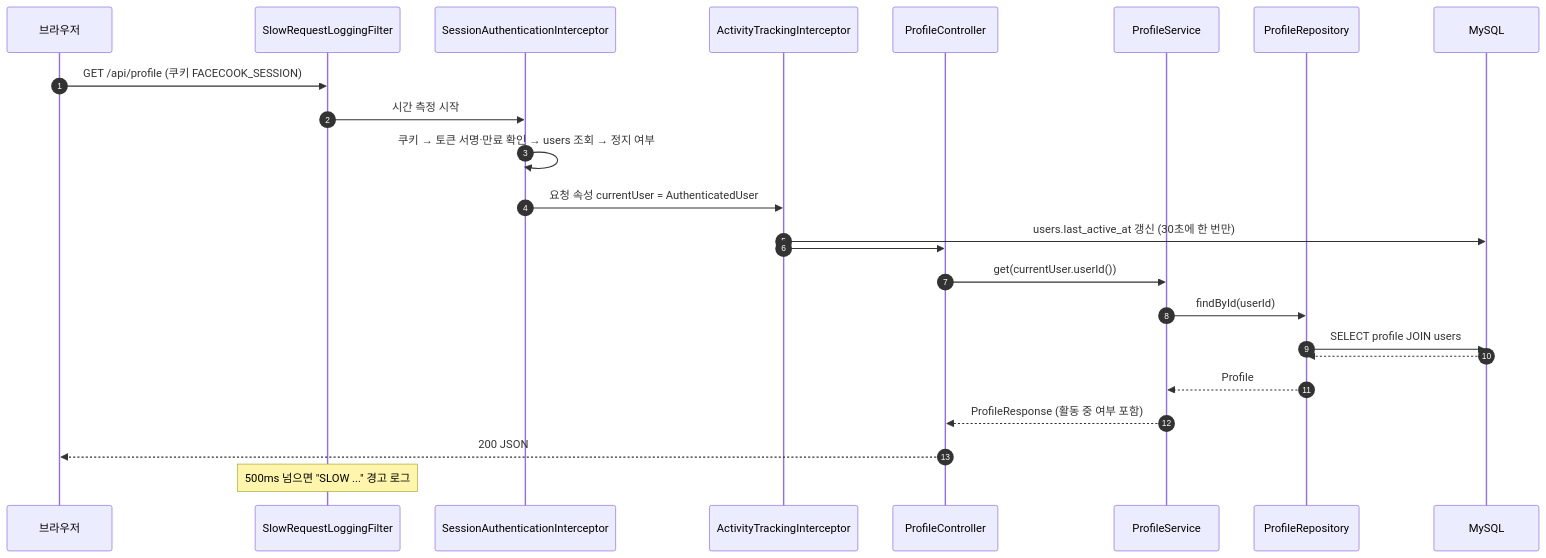
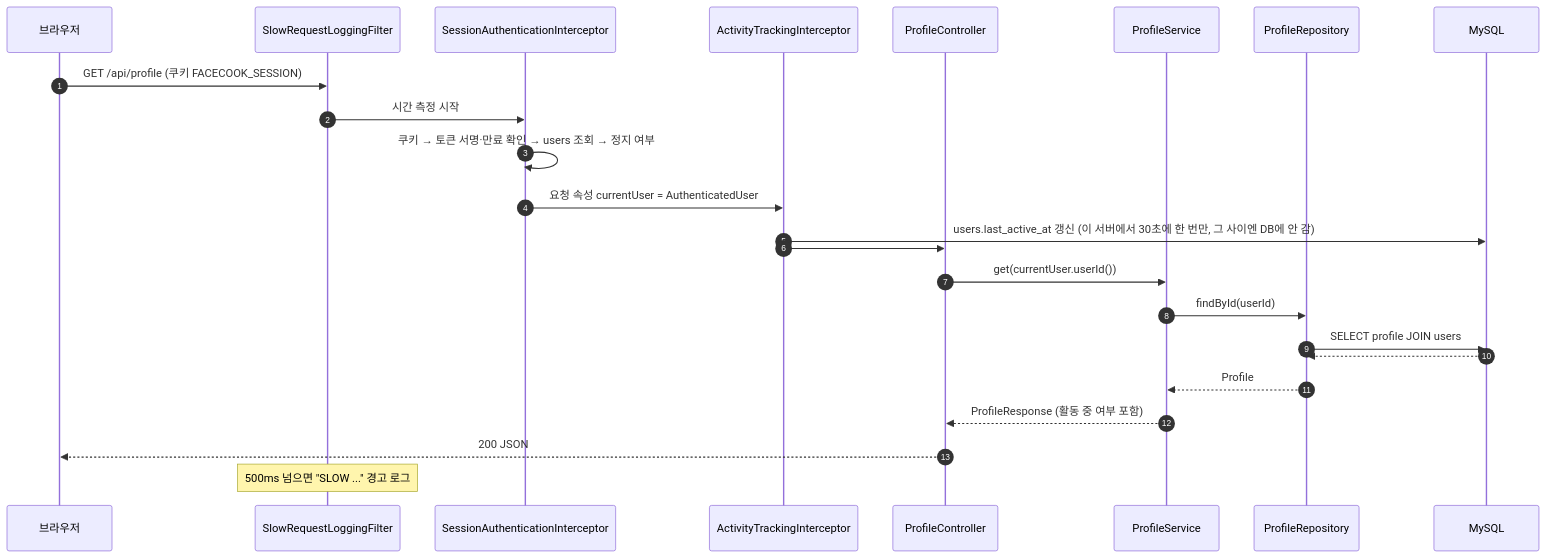
Before and after one commit to seoil-power-rangers/facecook-be: the third of 18 diagrams in docs/백엔드_코드_온보딩.md, drawn with Mermaid. The commit also changed other lines of this file and 5 other files, not shown here.

````diff
--- a/docs/백엔드_코드_온보딩.md
+++ b/docs/백엔드_코드_온보딩.md
@@ -148,26 +148,26 @@
 ```mermaid
 sequenceDiagram
     autonumber
     participant B as 브라우저
     participant F as SlowRequestLoggingFilter
     participant I1 as SessionAuthenticationInterceptor
     participant I2 as ActivityTrackingInterceptor
     participant C as ProfileController
     participant S as ProfileService
     participant R as ProfileRepository
     participant DB as MySQL
     B->>F: GET /api/profile (쿠키 FACECOOK_SESSION)
     F->>I1: 시간 측정 시작
     I1->>I1: 쿠키 → 토큰 서명·만료 확인 → users 조회 → 정지 여부
     I1->>I2: 요청 속성 currentUser = AuthenticatedUser
-    I2->>DB: users.last_active_at 갱신 (30초에 한 번만)
+    I2->>DB: users.last_active_at 갱신 (이 서버에서 30초에 한 번만, 그 사이엔 DB에 안 감)
     I2->>C: 
     C->>S: get(currentUser.userId())
     S->>R: findById(userId)
     R->>DB: SELECT profile JOIN users
     DB-->>R: 
     R-->>S: Profile
     S-->>C: ProfileResponse (활동 중 여부 포함)
     C-->>B: 200 JSON
     Note over F: 500ms 넘으면 "SLOW ..." 경고 로그
 ```
````
